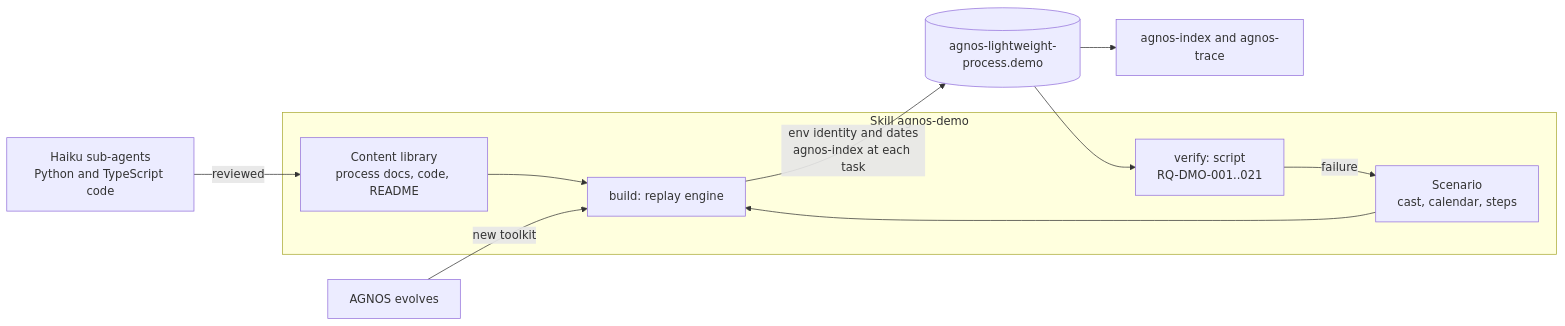
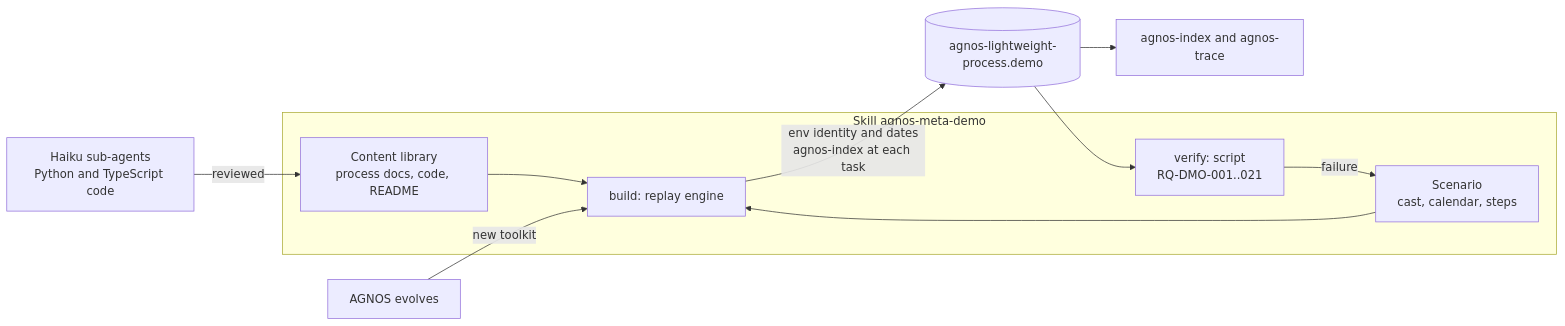
One commit to spashx/agnos changed the diagram in process/2.architecture/ADR-DMO-001-scripted-replay-of-a-simulated-project.md. Above: the diagram before and after it, drawn with Mermaid. The commit also changed other lines of this file and 116 other files, not shown here.

Commit message:
refactor(MTA): ADR-MTA-001/TASK-MTA-001 meta skills renamed agnos-meta-demo and agnos-meta-docs-sync, the prefix as the only criterion (RQ-MTA-001, 002, 003)

````diff
--- a/process/2.architecture/ADR-DMO-001-scripted-replay-of-a-simulated-project.md
+++ b/process/2.architecture/ADR-DMO-001-scripted-replay-of-a-simulated-project.md
@@ -114,17 +114,17 @@
 ```mermaid
 flowchart LR
-  subgraph SKILL[Skill agnos-demo]
+  subgraph SKILL[Skill agnos-meta-demo]
     LIB[Content library<br/>process docs, code, README]
     SCN[Scenario<br/>cast, calendar, steps]
     GEN[build: replay engine]
     VER[verify: script<br/>RQ-DMO-001..021]
   end
   LIB --> GEN
   SCN --> GEN
   HAI[Haiku sub-agents<br/>Python and TypeScript code] -->|reviewed| LIB
   GEN -->|env identity and dates<br/>agnos-index at each task| DEMO[(agnos-lightweight-process.demo)]
   DEMO --> VER
   DEMO --> TR[agnos-index and agnos-trace]
   VER -->|failure| SCN
   AGNOS[AGNOS evolves] -->|new toolkit| GEN
 ```
````
